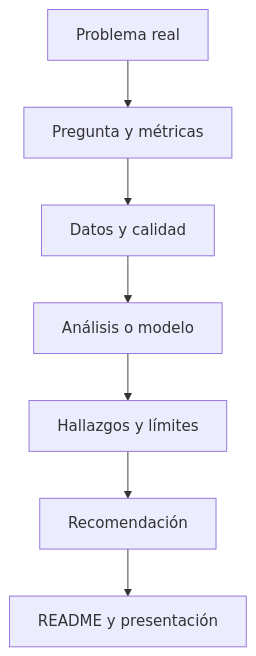
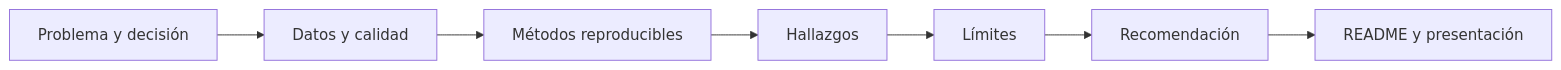
Diagram 33 of 33 in dist/markdown/temario-completo.md (Ayhur/CursoAnalista), drawn with Mermaid before and after one commit. The commit also changed other lines of this file and 25 other files, not shown here.

````diff
--- a/dist/markdown/temario-completo.md
+++ b/dist/markdown/temario-completo.md
@@ -2292,9 +2331,9 @@
 ```mermaid
-flowchart TD
-    A[Problema real] --> B[Pregunta y métricas]
-    B --> C[Datos y calidad]
-    C --> D[Análisis o modelo]
-    D --> E[Hallazgos y límites]
-    E --> F[Recomendación]
-    F --> G[README y presentación]
+flowchart LR
+ A[Problema y decisión] --> B[Datos y calidad]
+ B --> C[Métodos reproducibles]
+ C --> D[Hallazgos]
+ D --> E[Límites]
+ E --> F[Recomendación]
+ F --> G[README y presentación]
 ```
````
